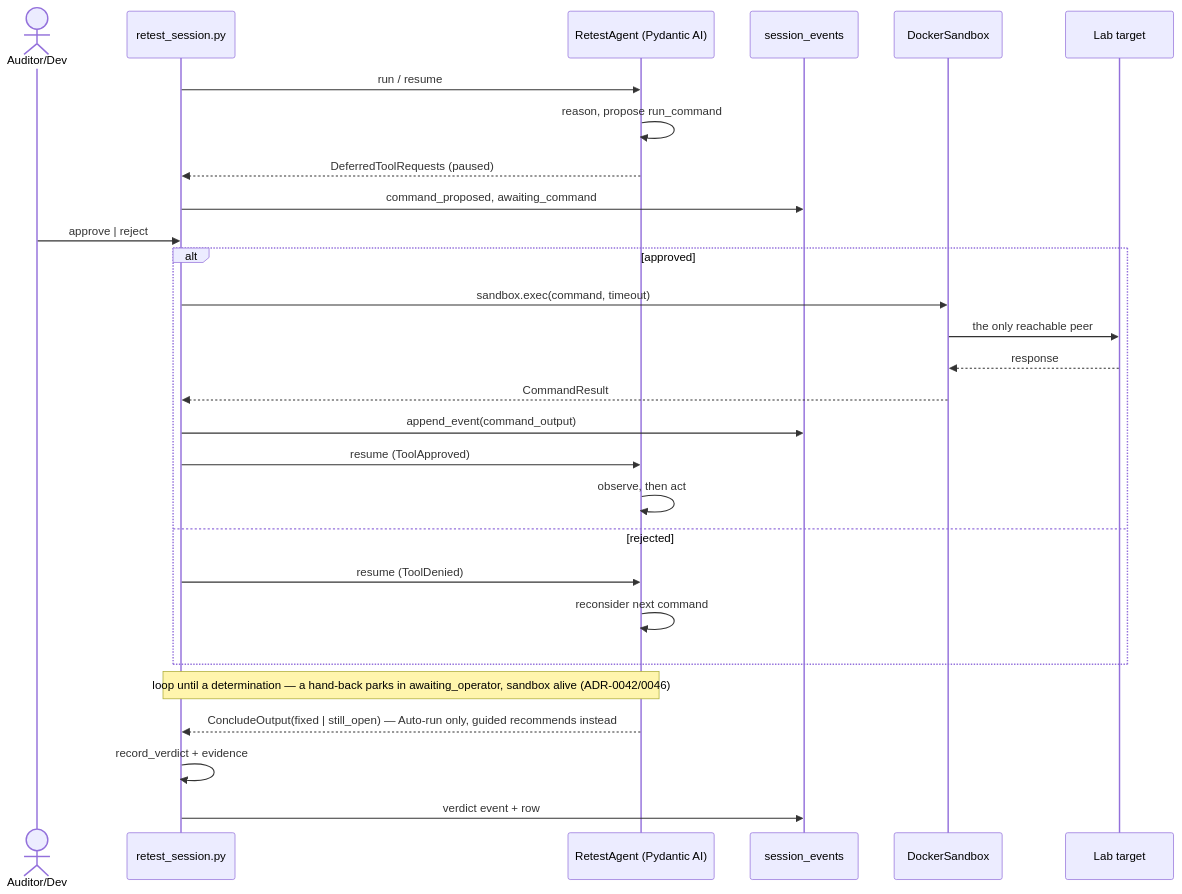
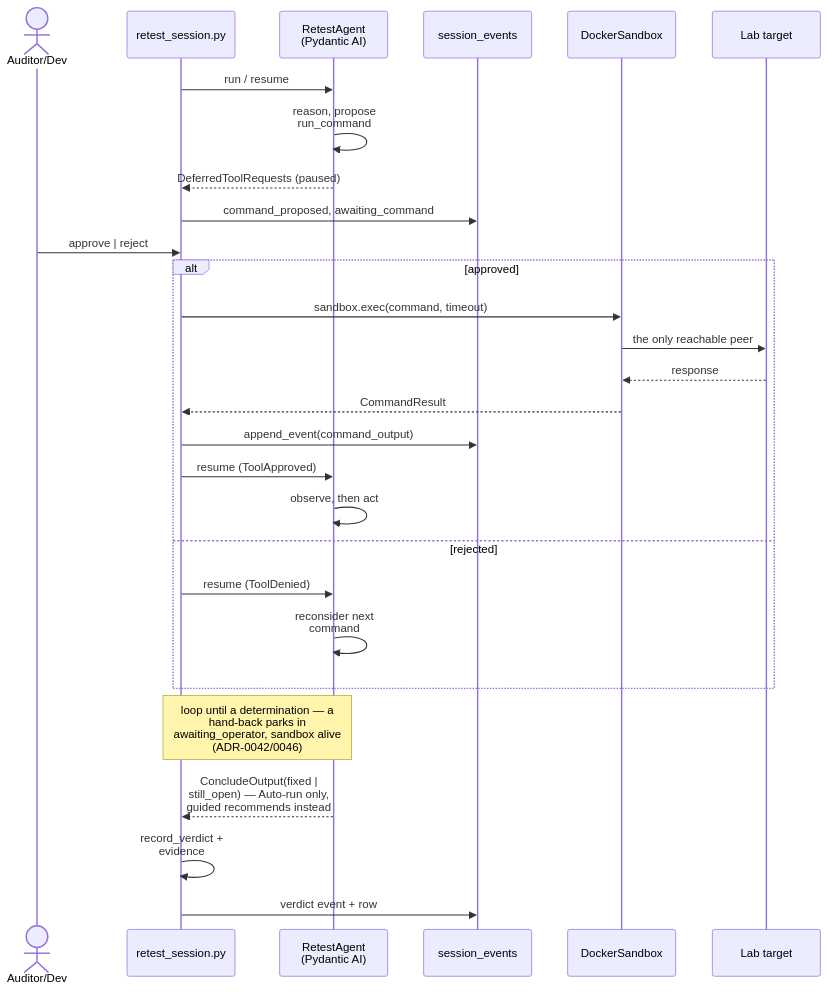
One commit to SelfishCoconut/revalid changed the seventh of 8 diagrams in docs/architecture/c4.md. Above: the diagram before and after it, drawn with Mermaid. The commit also changed other lines of this file and 30 other files, not shown here.

````diff
--- a/docs/architecture/c4.md
+++ b/docs/architecture/c4.md
@@ -420,31 +422,32 @@
 ```mermaid
+%%{init: {"flowchart": {"useMaxWidth": false, "wrappingWidth": 150}, "sequence": {"useMaxWidth": false, "width": 150, "wrap": true}, "themeVariables": {"fontSize": "18px"}}}%%
 sequenceDiagram
     actor Dev as Auditor/Dev
     participant API as retest_session.py
     participant Agent as RetestAgent (Pydantic AI)
     participant DB as session_events
     participant SB as DockerSandbox
     participant Lab as Lab target
 
     API->>Agent: run / resume
     Agent->>Agent: reason, propose run_command
     Agent-->>API: DeferredToolRequests (paused)
     API->>DB: command_proposed, awaiting_command
     Dev->>API: approve | reject
     alt approved
         API->>SB: sandbox.exec(command, timeout)
         SB->>Lab: the only reachable peer
         Lab-->>SB: response
         SB-->>API: CommandResult
         API->>DB: append_event(command_output)
         API->>Agent: resume (ToolApproved)
         Agent->>Agent: observe, then act
     else rejected
         API->>Agent: resume (ToolDenied)
         Agent->>Agent: reconsider next command
     end
     Note over API,Agent: loop until a determination — a hand-back parks in awaiting_operator, sandbox alive (ADR-0042/0046)
     Agent-->>API: ConcludeOutput(fixed | still_open) — Auto-run only, guided recommends instead
     API->>API: record_verdict + evidence
     API->>DB: verdict event + row
 ```
````
